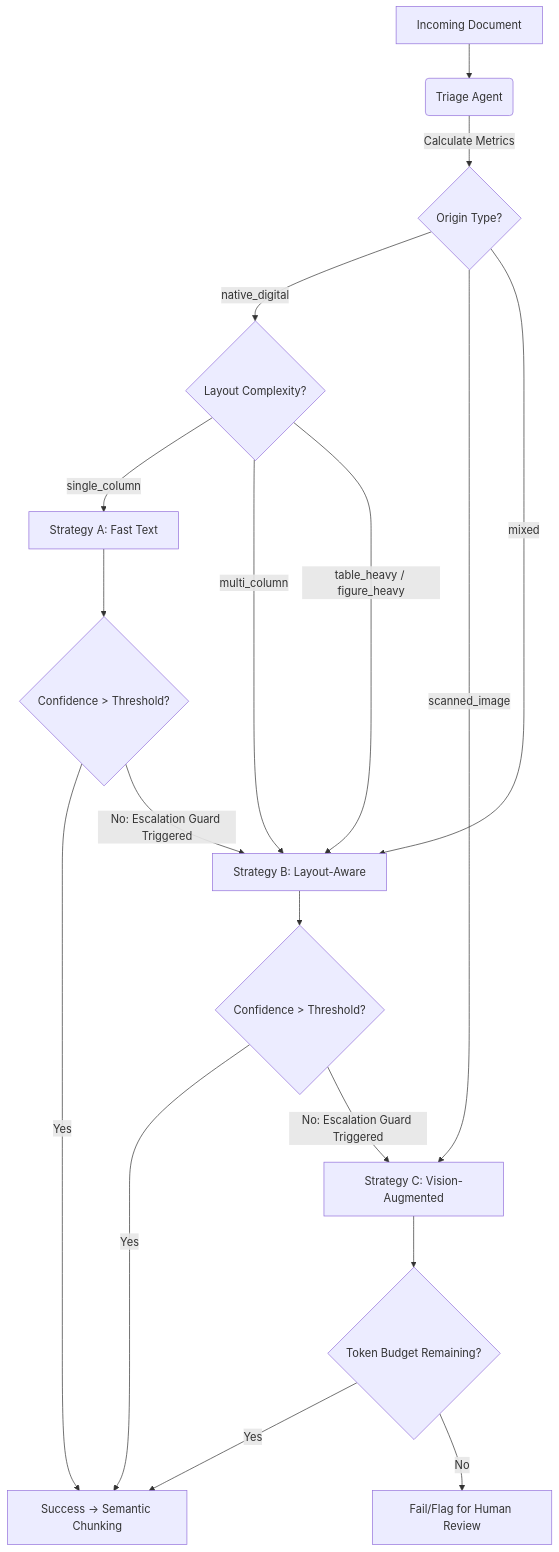
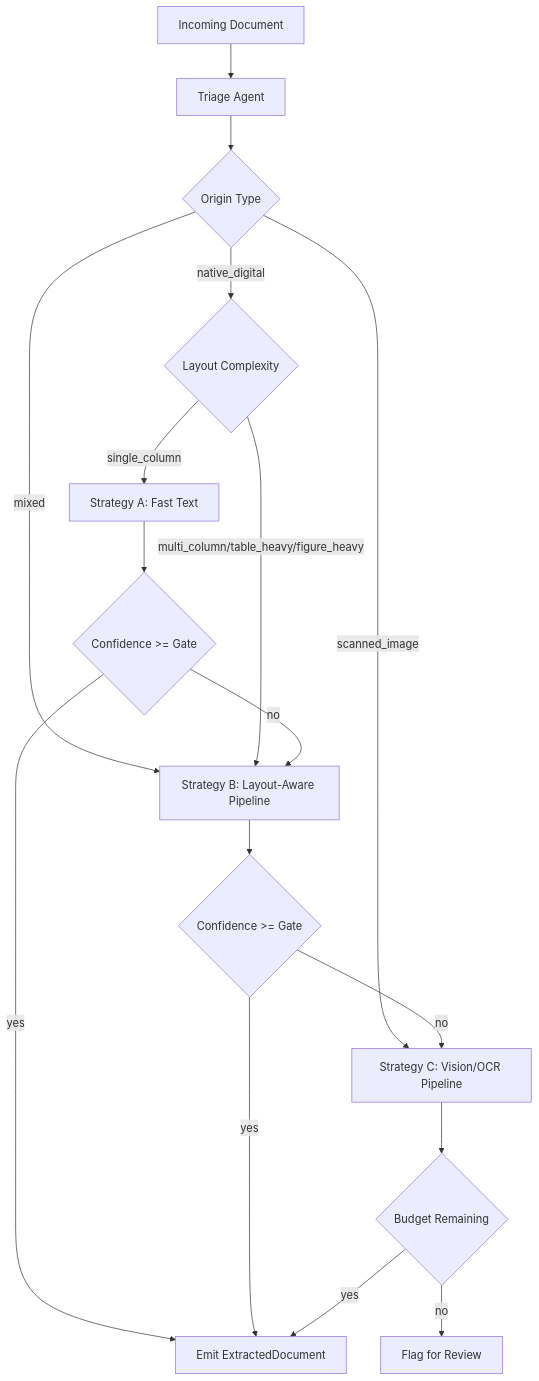
Before and after one commit to Gersum/DocRefinery: the first of 2 diagrams in DOMAIN_NOTES.md, drawn with Mermaid. The commit also changed other lines of this file and 10 other files, not shown here.

Commit message:
docs: establish architecture notes and baseline extraction thresholds

````diff
--- a/DOMAIN_NOTES.md
+++ b/DOMAIN_NOTES.md
@@ -7,25 +70,19 @@
 ```mermaid
 graph TD
-    A[Incoming Document] --> B(Triage Agent)
-    B -->|Calculate Metrics| C{Origin Type?}
-    
-    C -->|native_digital| D{Layout Complexity?}
-    C -->|scanned_image| E[Strategy C: Vision-Augmented]
-    C -->|mixed| F[Strategy B: Layout-Aware]
-
-    D -->|single_column| G[Strategy A: Fast Text]
-    D -->|multi_column| F
-    D -->|table_heavy / figure_heavy| F
-
-    G --> H{Confidence > Threshold?}
-    H -->|Yes| I[Success -> Semantic Chunking]
-    H -->|No: Escalation Guard Triggered| F
-
-    F --> J{Confidence > Threshold?}
-    J -->|Yes| I
-    J -->|No: Escalation Guard Triggered| E
-
-    E --> K{Token Budget Remaining?}
-    K -->|Yes| I
-    K -->|No| L[Fail/Flag for Human Review]
+    A["Incoming Document"] --> B["Triage Agent"]
+    B --> C{"Origin Type"}
+    C -->|scanned_image| V["Strategy C: Vision/OCR Pipeline"]
+    C -->|mixed| L["Strategy B: Layout-Aware Pipeline"]
+    C -->|native_digital| D{"Layout Complexity"}
+    D -->|single_column| F["Strategy A: Fast Text"]
+    D -->|multi_column/table_heavy/figure_heavy| L
+    F --> G{"Confidence >= Gate"}
+    G -->|yes| O["Emit ExtractedDocument"]
+    G -->|no| L
+    L --> H{"Confidence >= Gate"}
+    H -->|yes| O
+    H -->|no| V
+    V --> I{"Budget Remaining"}
+    I -->|yes| O
+    I -->|no| R["Flag for Review"]
 ```
````
